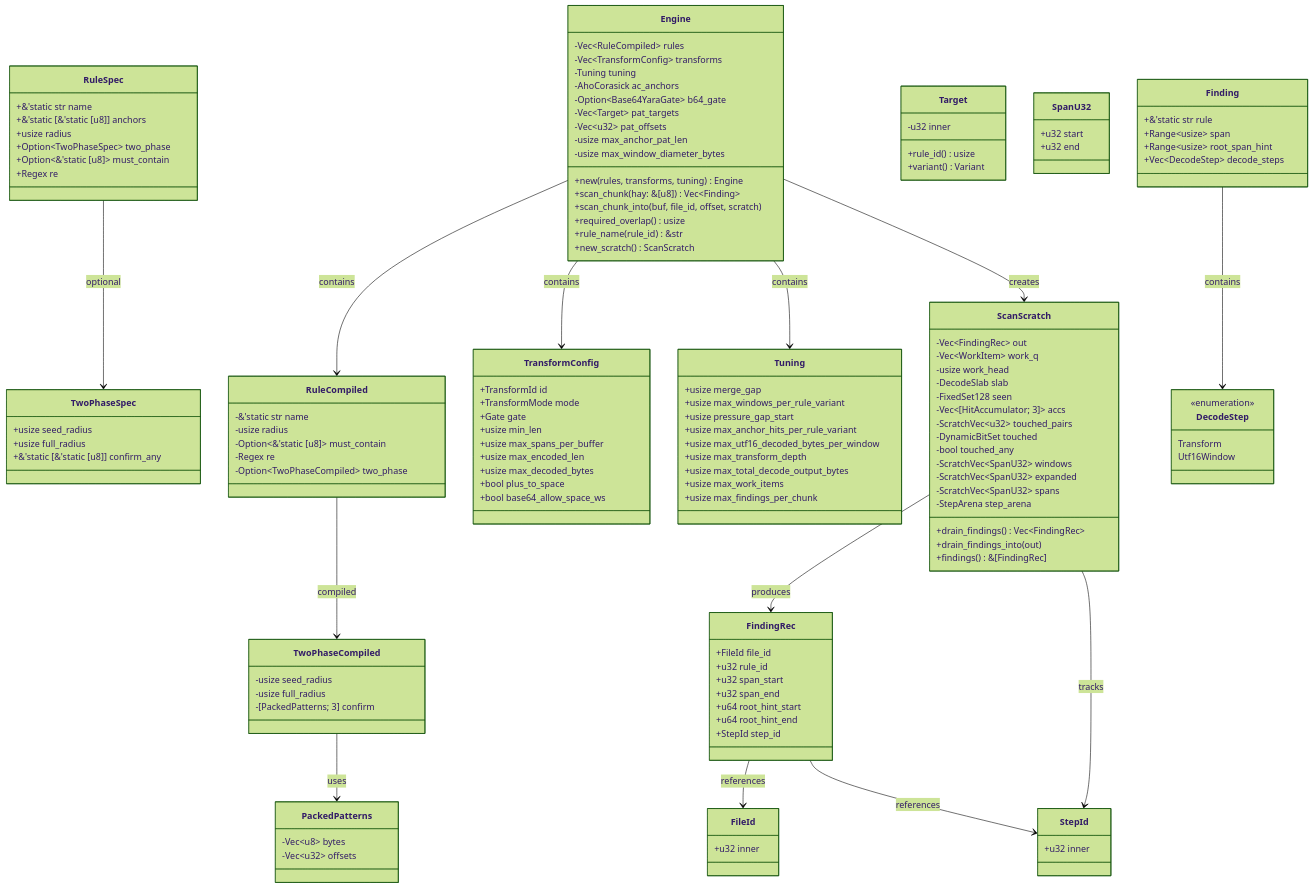
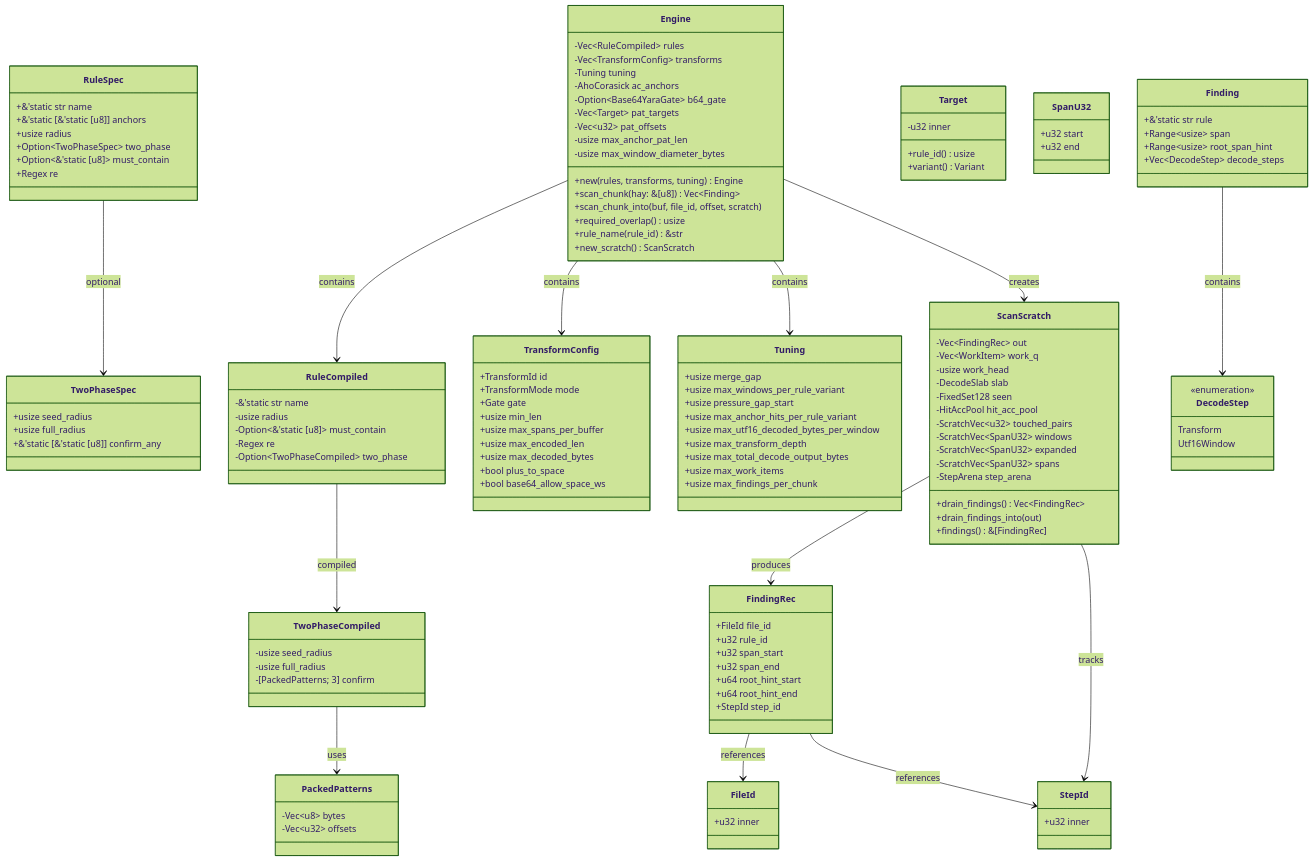
One commit to ahrav/scratch-scanner-rs changed the first of 4 diagrams in docs/data-types.md. Above: the diagram before and after it, drawn with Mermaid (forest theme). The commit also changed 11 other files, not shown here.

First line of the commit message:
Refactor Hit Accumulator to Hit Accumulator Pool

```diff
--- a/docs/data-types.md
+++ b/docs/data-types.md
@@ -99,10 +99,8 @@
         -usize work_head
         -DecodeSlab slab
         -FixedSet128 seen
-        -Vec~[HitAccumulator; 3]~ accs
+        -HitAccPool hit_acc_pool
         -ScratchVec~u32~ touched_pairs
-        -DynamicBitSet touched
-        -bool touched_any
         -ScratchVec~SpanU32~ windows
         -ScratchVec~SpanU32~ expanded
         -ScratchVec~SpanU32~ spans
```
